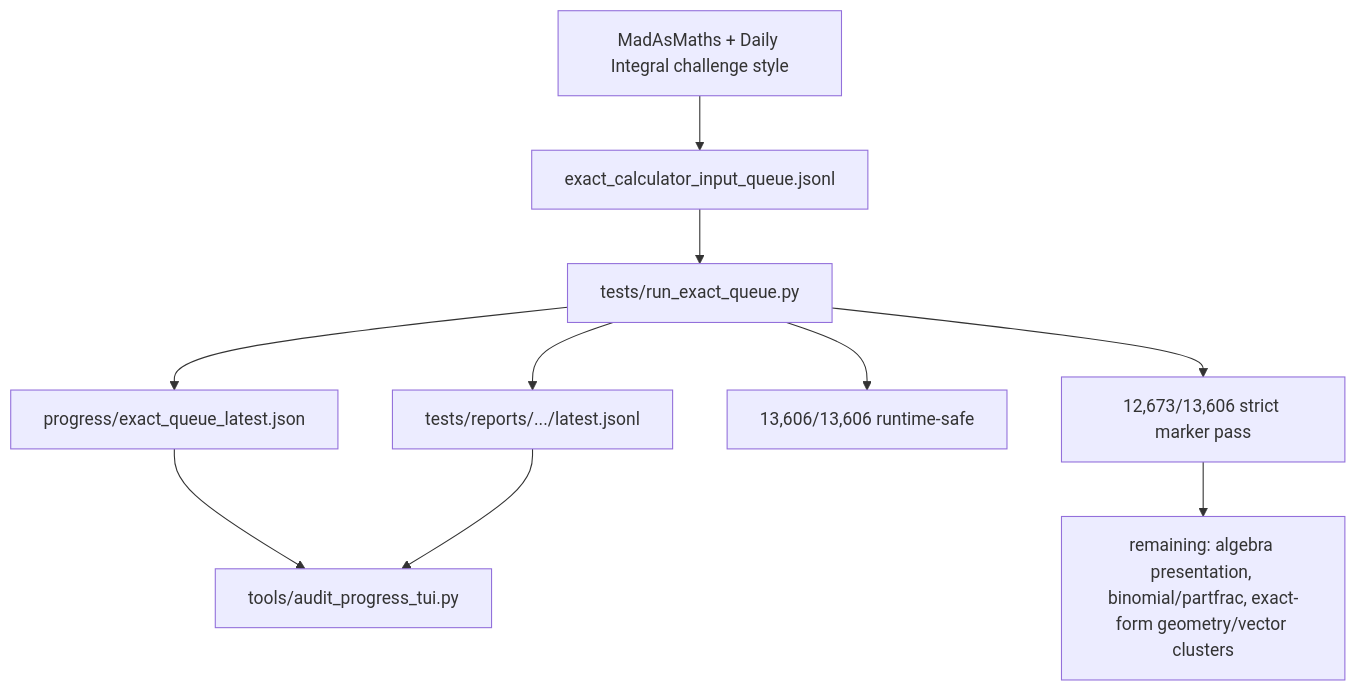
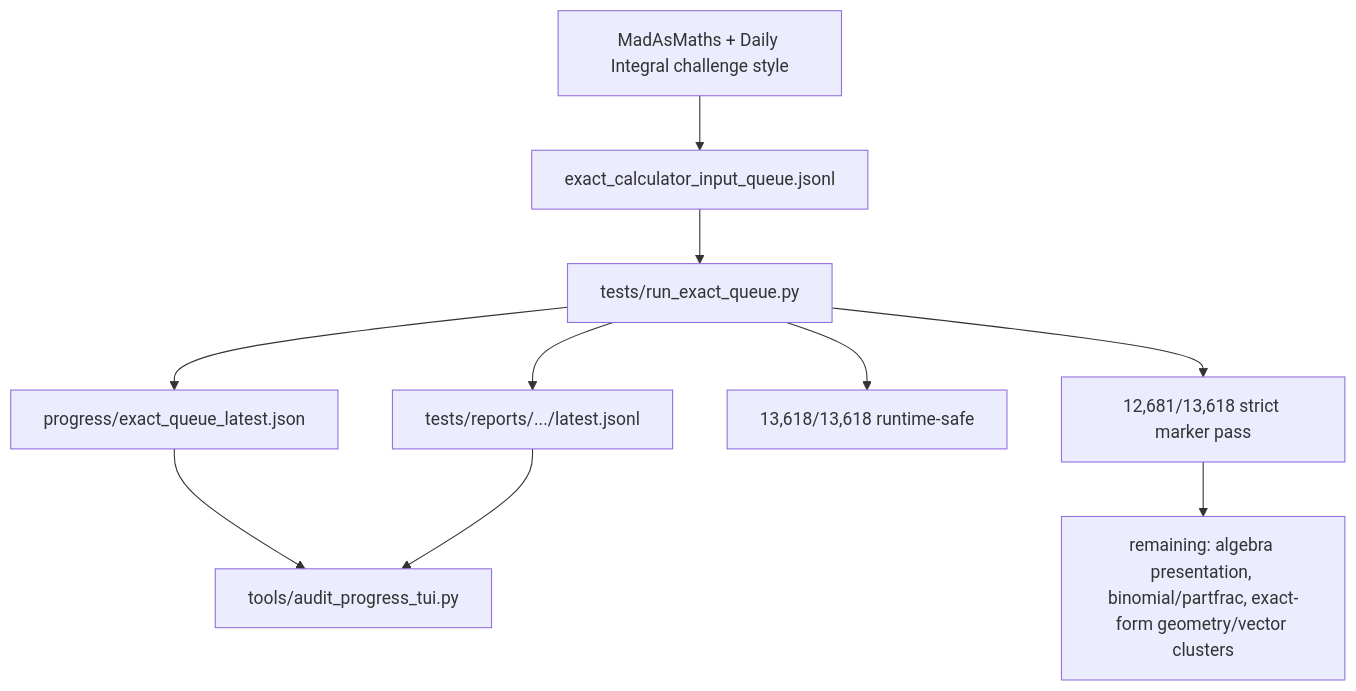
One commit to james8464/notes-addin-casio-fx-cg50 changed the fifth of 5 diagrams in docs/GRAPH.md. Above: the diagram before and after it, drawn with Mermaid. The commit also changed other lines of this file and 4 other files, not shown here.

````diff
--- a/docs/GRAPH.md
+++ b/docs/GRAPH.md
@@ -57,12 +57,12 @@
 ```mermaid
 graph TD
   Online["MadAsMaths + Daily Integral challenge style"] --> Queue["exact_calculator_input_queue.jsonl"]
   Queue --> Runner["tests/run_exact_queue.py"]
   Runner --> Live["progress/exact_queue_latest.json"]
   Runner --> Report["tests/reports/.../latest.jsonl"]
   Live --> TUI["tools/audit_progress_tui.py"]
   Report --> TUI
-  Runner --> Runtime["13,606/13,606 runtime-safe"]
-  Runner --> Strict["12,673/13,606 strict marker pass"]
+  Runner --> Runtime["13,618/13,618 runtime-safe"]
+  Runner --> Strict["12,681/13,618 strict marker pass"]
   Strict --> Remaining["remaining: algebra presentation, binomial/partfrac, exact-form geometry/vector clusters"]
 ```
````
